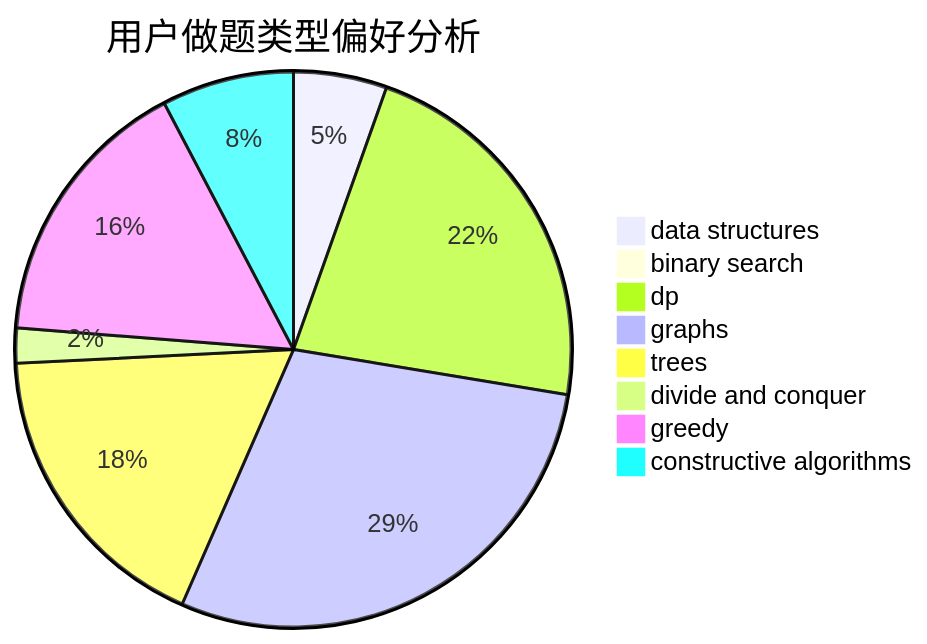
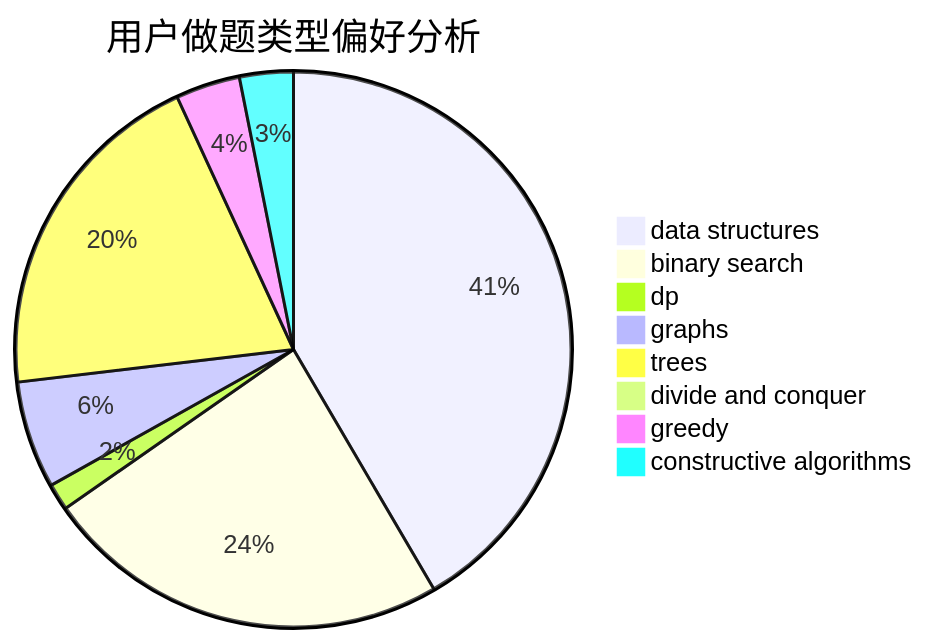
One commit to sherpahu/cfrs.github.io changed the second of 3 diagrams in docs/user/u948.md. Above: the diagram before and after it, drawn with Mermaid. The commit also changed other lines of this file and 2770 other files, not shown here.

````diff
--- a/docs/user/u948.md
+++ b/docs/user/u948.md
@@ -23,11 +23,11 @@
 ```mermaid
 pie title 用户做题类型偏好分析
-    "data structures" :  24
-    "binary search" :  0
-    "dp" :  98
-    "graphs" :  128
-    "trees" :  78
-    "divide and conquer" :  9
-    "greedy" :  71
-    "constructive algorithms" :  34
+    "data structures" :  133
+    "binary search" :  76
+    "dp" :  5
+    "graphs" :  20
+    "trees" :  64
+    "divide and conquer" :  1
+    "greedy" :  12
+    "constructive algorithms" :  10
 ```
````
